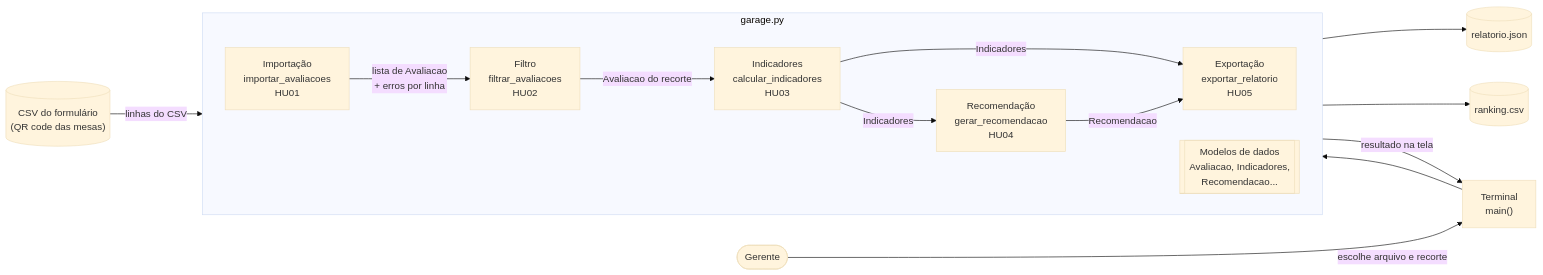
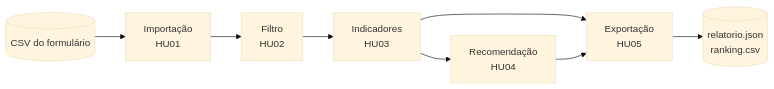
One commit to FelipeWalkerX/TrabalhoFinalES changed the diagram in README.md. Above: the diagram before and after it, drawn with Mermaid (base theme). The commit also changed other lines of this file and 4 other files, not shown here.

````diff
--- a/README.md
+++ b/README.md
@@ -48,31 +48,10 @@
 ```mermaid
 flowchart LR
-    CSV[("CSV do formulário<br/>(QR code das mesas)")]
-    TERM["Terminal<br/>main()"]
-
-    subgraph SISTEMA["garage.py"]
-        direction LR
-        IMP["Importação<br/>importar_avaliacoes<br/>HU01"]
-        FIL["Filtro<br/>filtrar_avaliacoes<br/>HU02"]
-        IND["Indicadores<br/>calcular_indicadores<br/>HU03"]
-        REC["Recomendação<br/>gerar_recomendacao<br/>HU04"]
-        EXP["Exportação<br/>exportar_relatorio<br/>HU05"]
-        MOD[["Modelos de dados<br/>Avaliacao, Indicadores,<br/>Recomendacao..."]]
-    end
-
-    JSON[("relatorio.json")]
-    RANK[("ranking.csv")]
-    GER(["Gerente"])
-
-    GER -- "escolhe arquivo e recorte" --> TERM
-    TERM --> IMP
-    CSV -- "linhas do CSV" --> IMP
-    IMP -- "lista de Avaliacao<br/>+ erros por linha" --> FIL
-    FIL -- "Avaliacao do recorte" --> IND
-    IND -- "Indicadores" --> REC
-    IND -- "Indicadores" --> EXP
-    REC -- "Recomendacao" --> EXP
-    EXP --> JSON
-    EXP --> RANK
-    REC -- "resultado na tela" --> TERM
+    CSV[("CSV do formulário")] --> IMP["Importação<br/>HU01"]
+    IMP --> FIL["Filtro<br/>HU02"]
+    FIL --> IND["Indicadores<br/>HU03"]
+    IND --> REC["Recomendação<br/>HU04"]
+    IND --> EXP["Exportação<br/>HU05"]
+    REC --> EXP
+    EXP --> OUT[("relatorio.json<br/>ranking.csv")]
 ```
````
